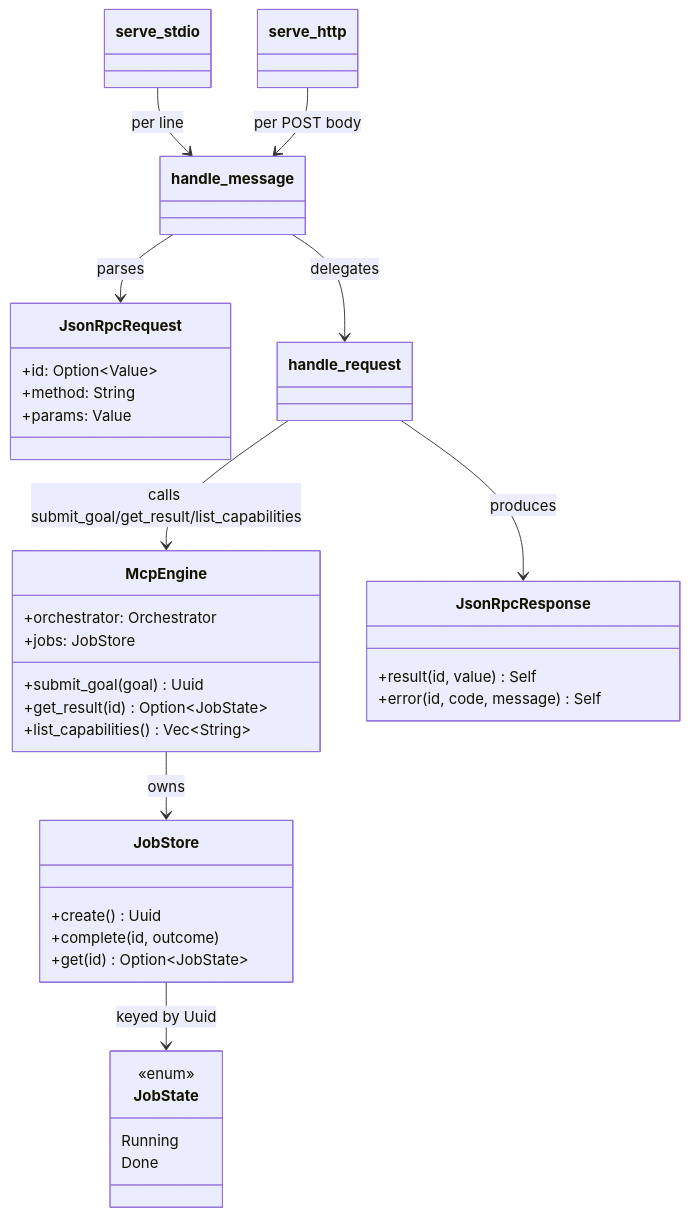
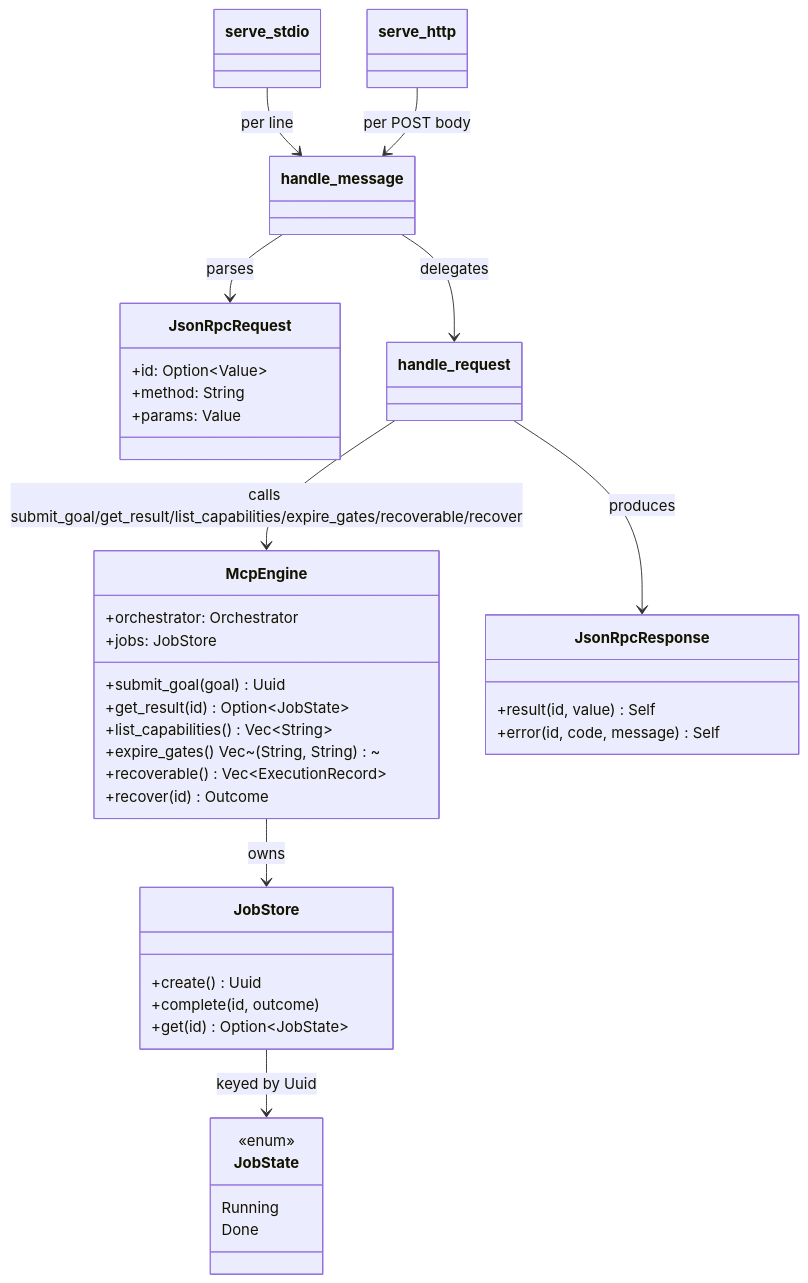
Before and after one commit to sirius-zuo/aether: the diagram in wiki/mcp-server.md, drawn with Mermaid. The commit also changed other lines of this file and 3 other files, not shown here.

````diff
--- a/wiki/mcp-server.md
+++ b/wiki/mcp-server.md
@@ -33,42 +33,45 @@
 ```mermaid
 classDiagram
     class McpEngine {
         +orchestrator: Orchestrator
         +jobs: JobStore
         +submit_goal(goal) Uuid
         +get_result(id) Option~JobState~
         +list_capabilities() Vec~String~
+        +expire_gates() Vec~(String, String)~
+        +recoverable() Vec~ExecutionRecord~
+        +recover(id) Outcome
     }
     class JobStore {
         +create() Uuid
         +complete(id, outcome)
         +get(id) Option~JobState~
     }
     class JobState {
         <<enum>>
         Running
         Done
     }
     class JsonRpcRequest {
         +id: Option~Value~
         +method: String
         +params: Value
     }
     class JsonRpcResponse {
         +result(id, value) Self
         +error(id, code, message) Self
     }
     class handle_message
     class handle_request
     class serve_stdio
     class serve_http
 
     McpEngine --> JobStore : owns
     JobStore --> JobState : keyed by Uuid
     handle_message --> JsonRpcRequest : parses
     handle_message --> handle_request : delegates
-    handle_request --> McpEngine : calls submit_goal/get_result/list_capabilities
+    handle_request --> McpEngine : calls submit_goal/get_result/list_capabilities/expire_gates/recoverable/recover
     handle_request --> JsonRpcResponse : produces
     serve_stdio --> handle_message : per line
     serve_http --> handle_message : per POST body
 ```
````
